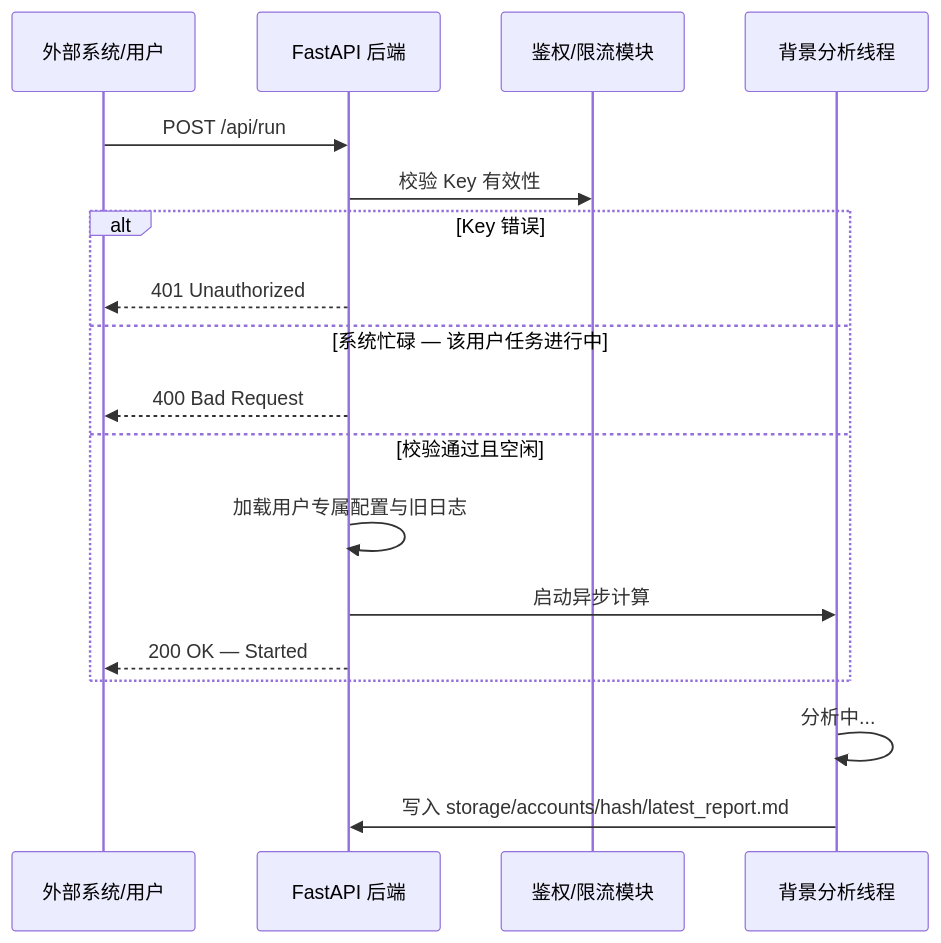
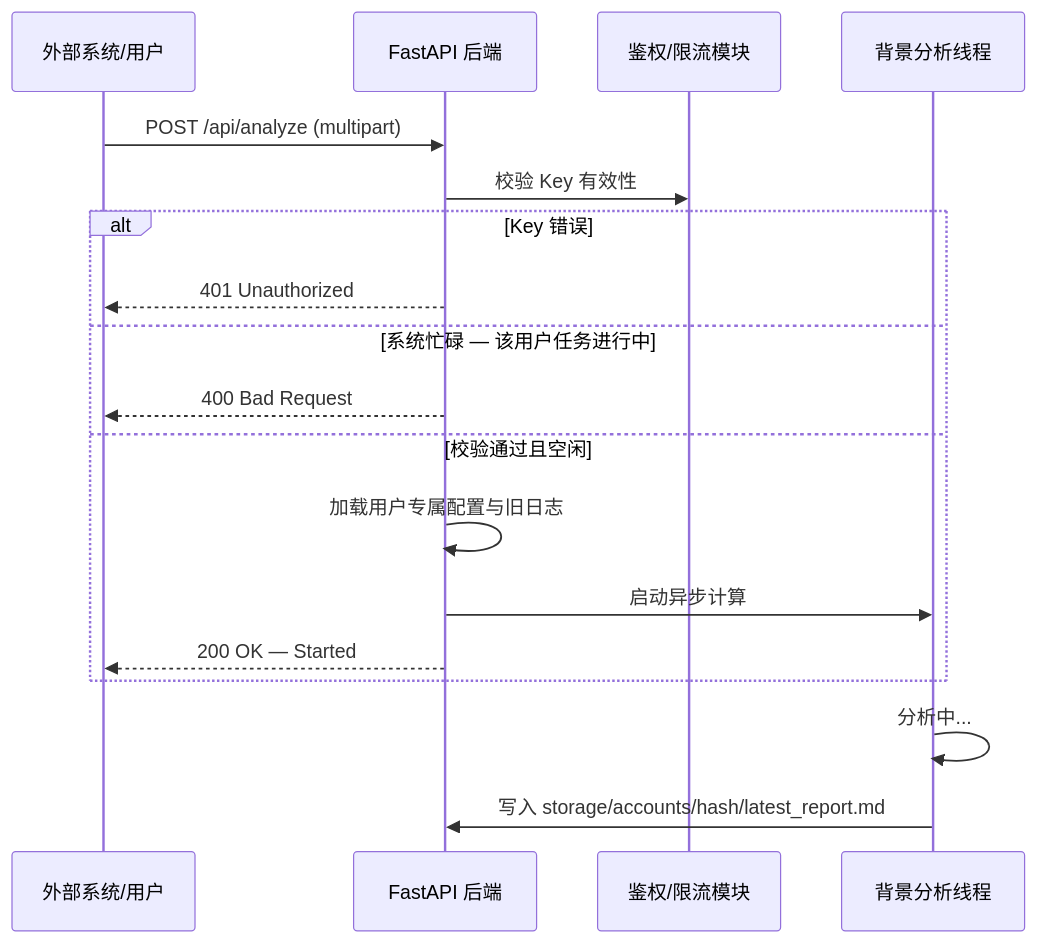
One commit to FuLuTang/AI-Store-Analysis-System changed the diagram in docs/API接口设计方案.md. Above: the diagram before and after it, drawn with Mermaid. The commit also changed other lines of this file and 7 other files, not shown here.

First line of the commit message:
清理冗余：删除 /api/run、/api/auth/me、POST /api/config，统一入口为 /api/analyze

````diff
--- a/docs/API接口设计方案.md
+++ b/docs/API接口设计方案.md
@@ -7,22 +7,22 @@
 ```mermaid
 sequenceDiagram
     participant Client as 外部系统/用户
     participant API as FastAPI 后端
     participant Auth as 鉴权/限流模块
     participant Worker as 背景分析线程
     
-    Client->>API: POST /api/run
+    Client->>API: POST /api/analyze (multipart)
     API->>Auth: 校验 Key 有效性
     alt Key 错误
         API-->>Client: 401 Unauthorized
     else 系统忙碌 — 该用户任务进行中
         API-->>Client: 400 Bad Request
     else 校验通过且空闲
         API->>API: 加载用户专属配置与旧日志
         API->>Worker: 启动异步计算
         API-->>Client: 200 OK — Started
     end
 
     Worker->>Worker: 分析中...
     Worker->>API: 写入 storage/accounts/hash/latest_report.md
 ```
````
